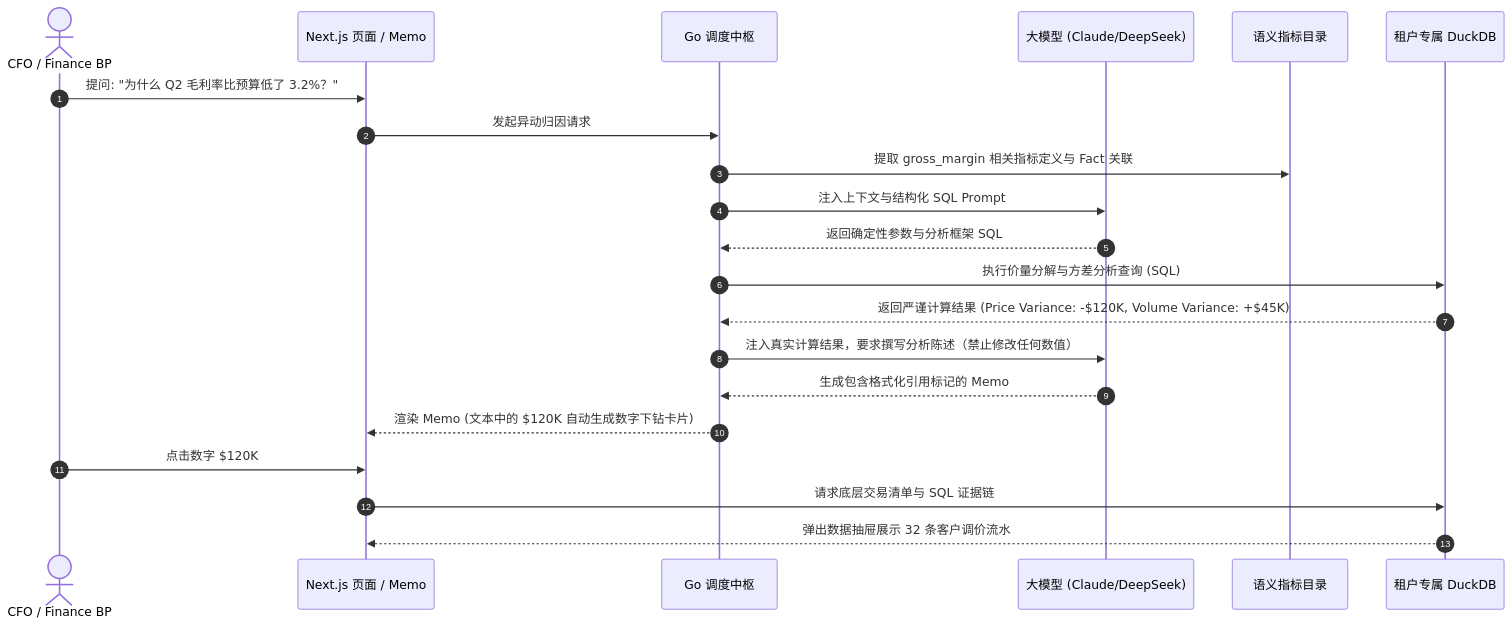
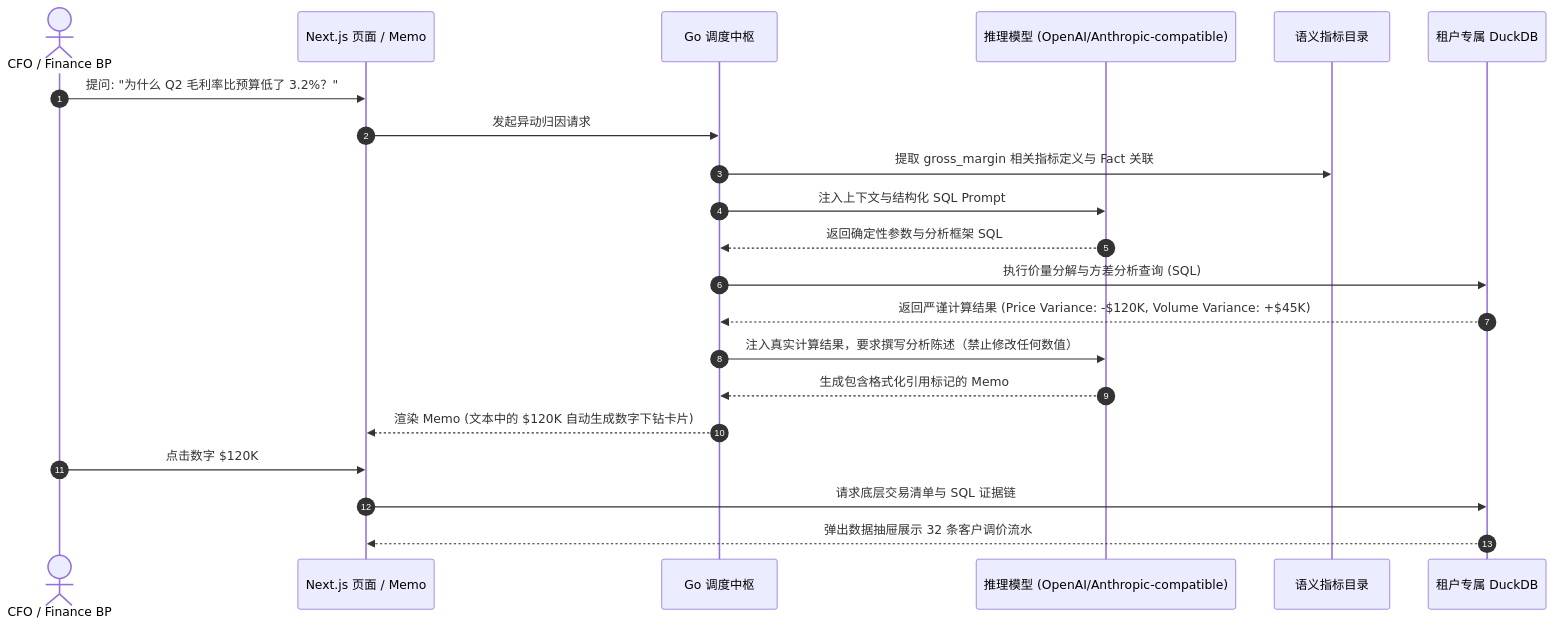
The third of 3 diagrams in 02-product/architecture-whitepaper.md (CHEUKFUNGWU/finmesh), drawn with Mermaid before and after one commit. The commit also changed other lines of this file and 3 other files, not shown here.

Commit message:
docs: standardize model-neutral gateway specs to protocol-based support (OpenAI/Anthropic-compatible, Response API, self-hosted)

````diff
--- a/02-product/architecture-whitepaper.md
+++ b/02-product/architecture-whitepaper.md
@@ -133,24 +133,24 @@
 ```mermaid
 sequenceDiagram
     autonumber
     actor User as CFO / Finance BP
     participant WebUI as Next.js 页面 / Memo
     participant GoCore as Go 调度中枢
-    participant LLM as 大模型 (Claude/DeepSeek)
+    participant LLM as 推理模型 (OpenAI/Anthropic-compatible)
     participant Semantics as 语义指标目录
     participant DuckDB as 租户专属 DuckDB
 
     User->>WebUI: 提问: "为什么 Q2 毛利率比预算低了 3.2%？"
     WebUI->>GoCore: 发起异动归因请求
     GoCore->>Semantics: 提取 gross_margin 相关指标定义与 Fact 关联
     GoCore->>LLM: 注入上下文与结构化 SQL Prompt
     LLM-->>GoCore: 返回确定性参数与分析框架 SQL
     GoCore->>DuckDB: 执行价量分解与方差分析查询 (SQL)
     DuckDB-->>GoCore: 返回严谨计算结果 (Price Variance: -$120K, Volume Variance: +$45K)
     GoCore->>LLM: 注入真实计算结果，要求撰写分析陈述（禁止修改任何数值）
     LLM-->>GoCore: 生成包含格式化引用标记的 Memo
     GoCore-->>WebUI: 渲染 Memo (文本中的 $120K 自动生成数字下钻卡片)
     User->>WebUI: 点击数字 $120K
     WebUI->>DuckDB: 请求底层交易清单与 SQL 证据链
     DuckDB-->>WebUI: 弹出数据抽屉展示 32 条客户调价流水
 ```
````
